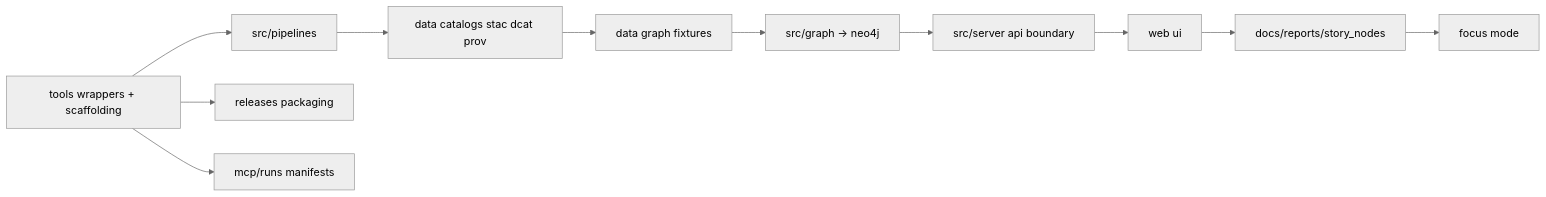
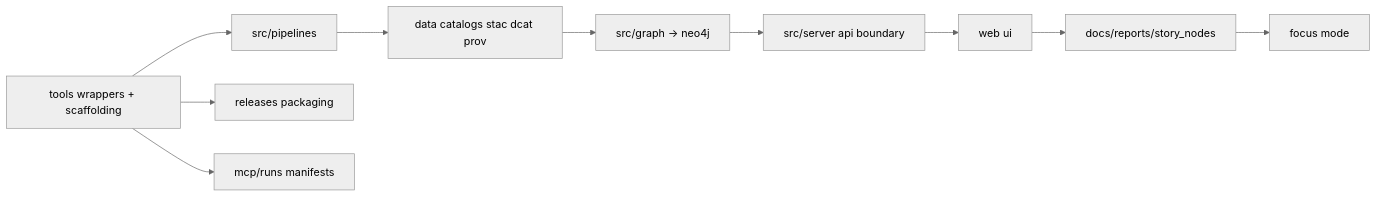
Before and after one commit to bartytime4life/Kansas-Frontier-Matrix: the first of 2 diagrams in tools/README.md, drawn with Mermaid (neutral theme). The commit also changed other lines of this file, not shown here.

```diff
--- a/tools/README.md
+++ b/tools/README.md
@@ -247,13 +283,12 @@
 ~~~mermaid
 flowchart LR
   T[tools wrappers + scaffolding] --> P[src/pipelines]
   P --> C[data catalogs stac dcat prov]
-  C --> X[data graph fixtures]
-  X --> G[src/graph -> neo4j]
+  C --> G[src/graph -> neo4j]
   G --> A[src/server api boundary]
   A --> U[web ui]
   U --> S[docs/reports/story_nodes]
   S --> F[focus mode]
   T --> R[releases packaging]
   T --> M[mcp/runs manifests]
 ~~~
```
